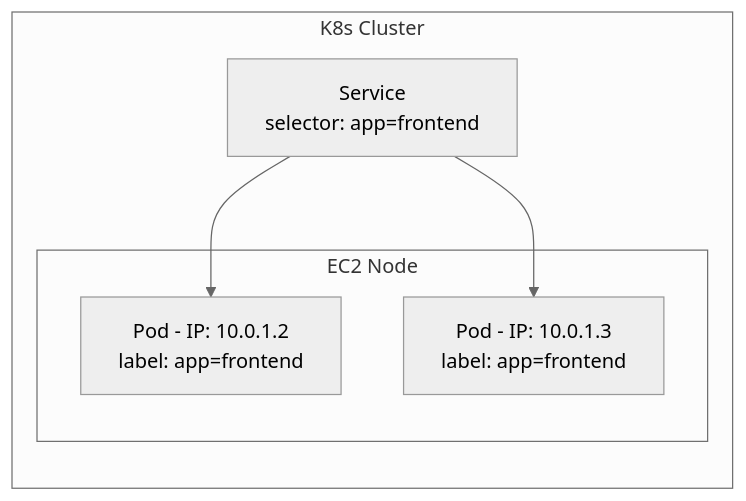
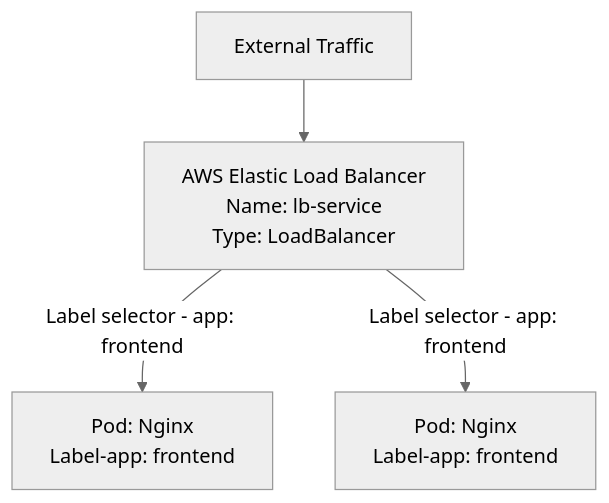
Before and after one commit to nirajp82/KubernetesWithAmazon_EKS_Fargate_DevOps: the second of 2 diagrams in sections/01-kubernetes-basics/10_Services.md, drawn with Mermaid (neutral theme). The commit also changed other lines of this file, not shown here.

````diff
--- a/sections/01-kubernetes-basics/10_Services.md
+++ b/sections/01-kubernetes-basics/10_Services.md
@@ -45,15 +45,7 @@
 ```mermaid
-flowchart LR
-    subgraph K8s Cluster
-        Svc[Service \n selector: app=frontend]
-        
-        subgraph Node1 [EC2 Node]
-            P1[Pod - IP: 10.0.1.2 \n label: app=frontend]
-            P2[Pod - IP: 10.0.1.3 \n label: app=frontend]
-        end
-        
-        Svc --> P1
-        Svc --> P2
-    end
+flowchart TD
+    Traffic[External Traffic] --> ELB[AWS Elastic Load Balancer \n Name: lb-service \n Type: LoadBalancer]
+    ELB -- "Label selector - app: frontend" --> P1[Pod: Nginx \n Label-app: frontend]
+    ELB -- "Label selector - app: frontend" --> P2[Pod: Nginx \n Label-app: frontend]
 
 ```
````
